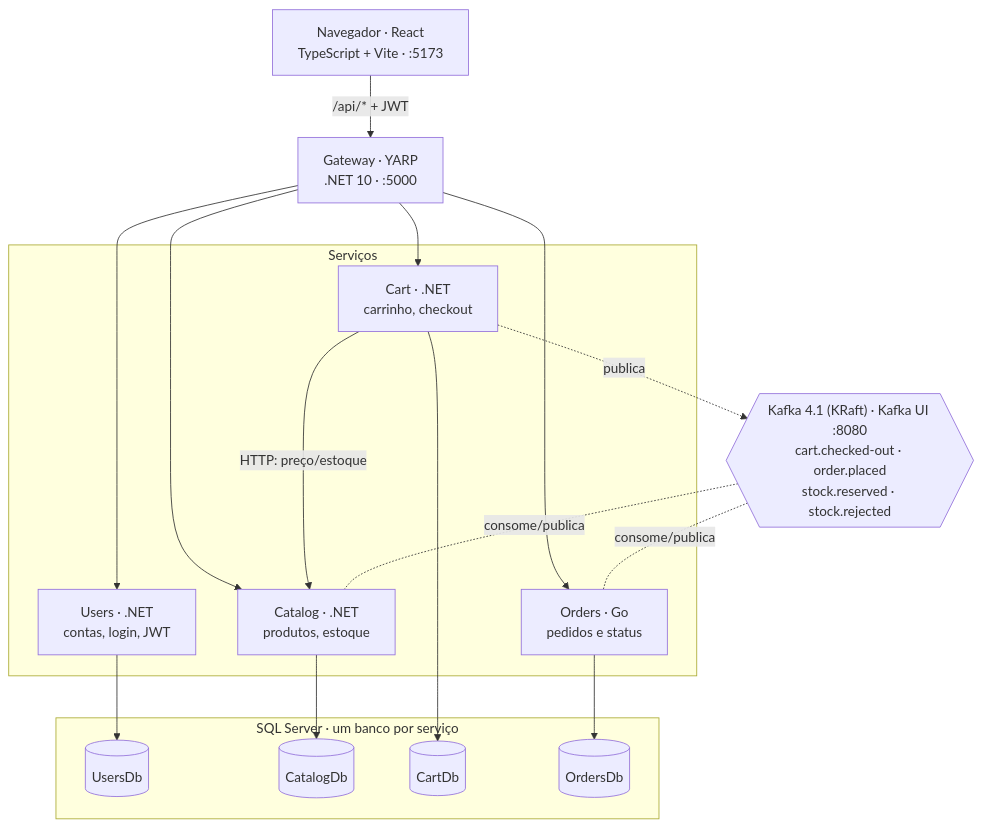
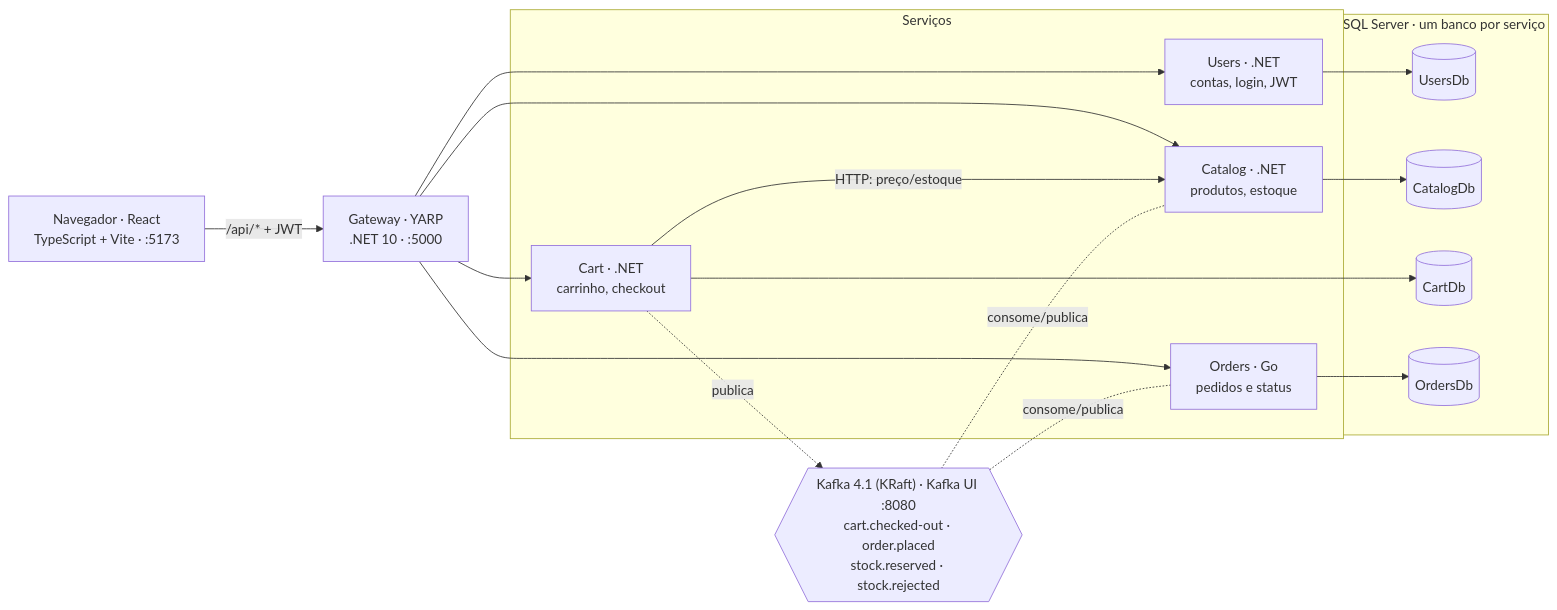
The first of 2 diagrams in README.md (lucasGomes01/marketplace), drawn with Mermaid before and after one commit.

Commit message:
docs(readme): horizontal architecture diagram so it fits GitHub's preview

````diff
--- a/README.md
+++ b/README.md
@@ -11,34 +11,34 @@
 ```mermaid
-flowchart TB
+flowchart LR
     web["Navegador · React<br/>TypeScript + Vite · :5173"]
     gw["Gateway · YARP<br/>.NET 10 · :5000"]
 
     subgraph servicos [Serviços]
         users["Users · .NET<br/>contas, login, JWT"]
         catalog["Catalog · .NET<br/>produtos, estoque"]
         cart["Cart · .NET<br/>carrinho, checkout"]
         orders["Orders · Go<br/>pedidos e status"]
     end
 
     subgraph sql [SQL Server · um banco por serviço]
         usersdb[(UsersDb)]
         catalogdb[(CatalogDb)]
         cartdb[(CartDb)]
         ordersdb[(OrdersDb)]
     end
 
     kafka{{"Kafka 4.1 (KRaft) · Kafka UI :8080<br/>cart.checked-out · order.placed<br/>stock.reserved · stock.rejected"}}
 
     web -- "/api/* + JWT" --> gw
     gw --> users & catalog & cart & orders
     cart -- "HTTP: preço/estoque" --> catalog
 
     users --> usersdb
     catalog --> catalogdb
     cart --> cartdb
     orders --> ordersdb
 
     cart -. publica .-> kafka
     kafka -. consome/publica .- orders
     kafka -. consome/publica .- catalog
 ```
````
